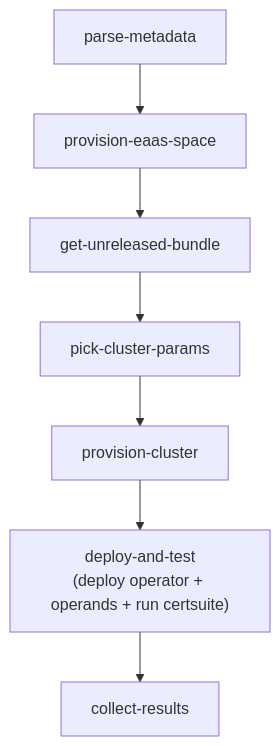
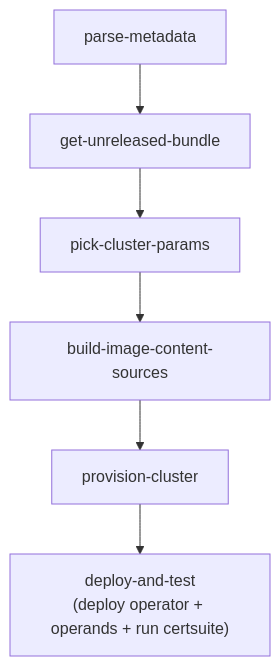
The first of 5 diagrams in docs/architecture.md (redhat-best-practices-for-k8s/konflux-certsuite), drawn with Mermaid before and after one commit. The commit also changed other lines of this file and 6 other files, not shown here.

````diff
--- a/docs/architecture.md
+++ b/docs/architecture.md
@@ -16,9 +17,8 @@
 ```mermaid
 flowchart TD
-    A[parse-metadata] --> B[provision-eaas-space]
-    B --> C[get-unreleased-bundle]
+    A[parse-metadata] --> C[get-unreleased-bundle]
     C --> D[pick-cluster-params]
-    D --> E[provision-cluster]
-    E --> F["deploy-and-test\n(deploy operator + operands + run certsuite)"]
-    F --> G[collect-results]
+    D --> E[build-image-content-sources]
+    E --> F[provision-cluster]
+    F --> G["deploy-and-test\n(deploy operator + operands + run certsuite)"]
 ```
````
